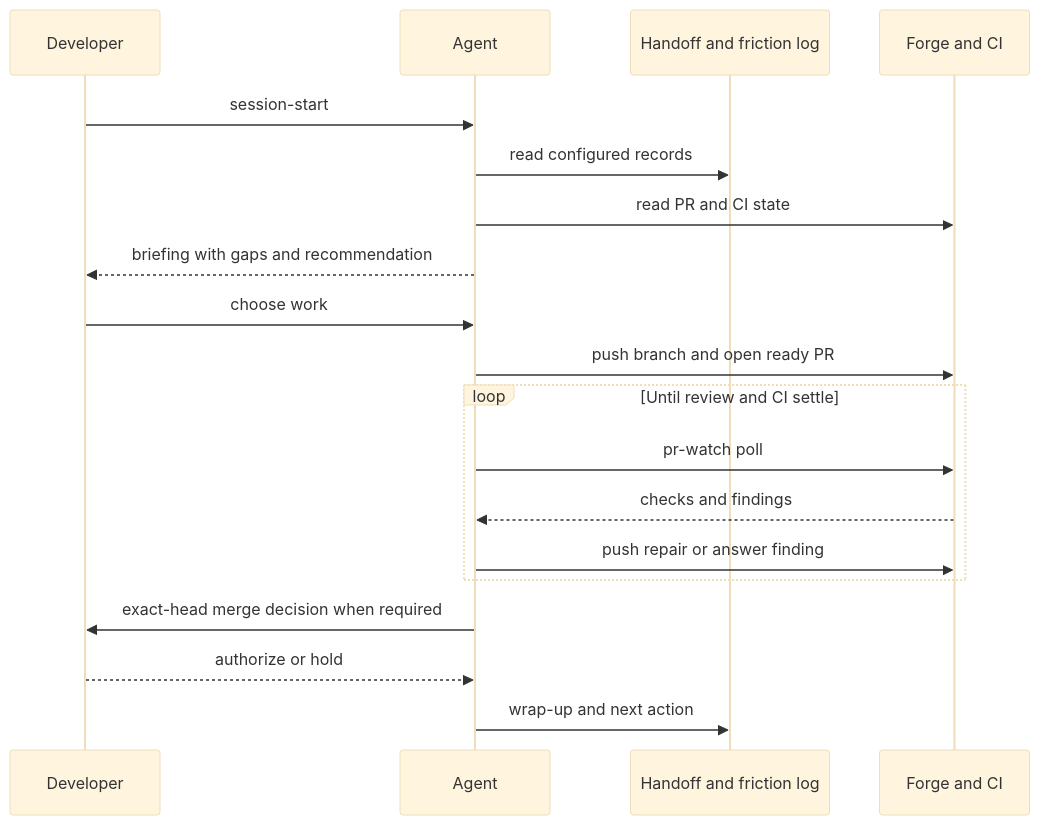
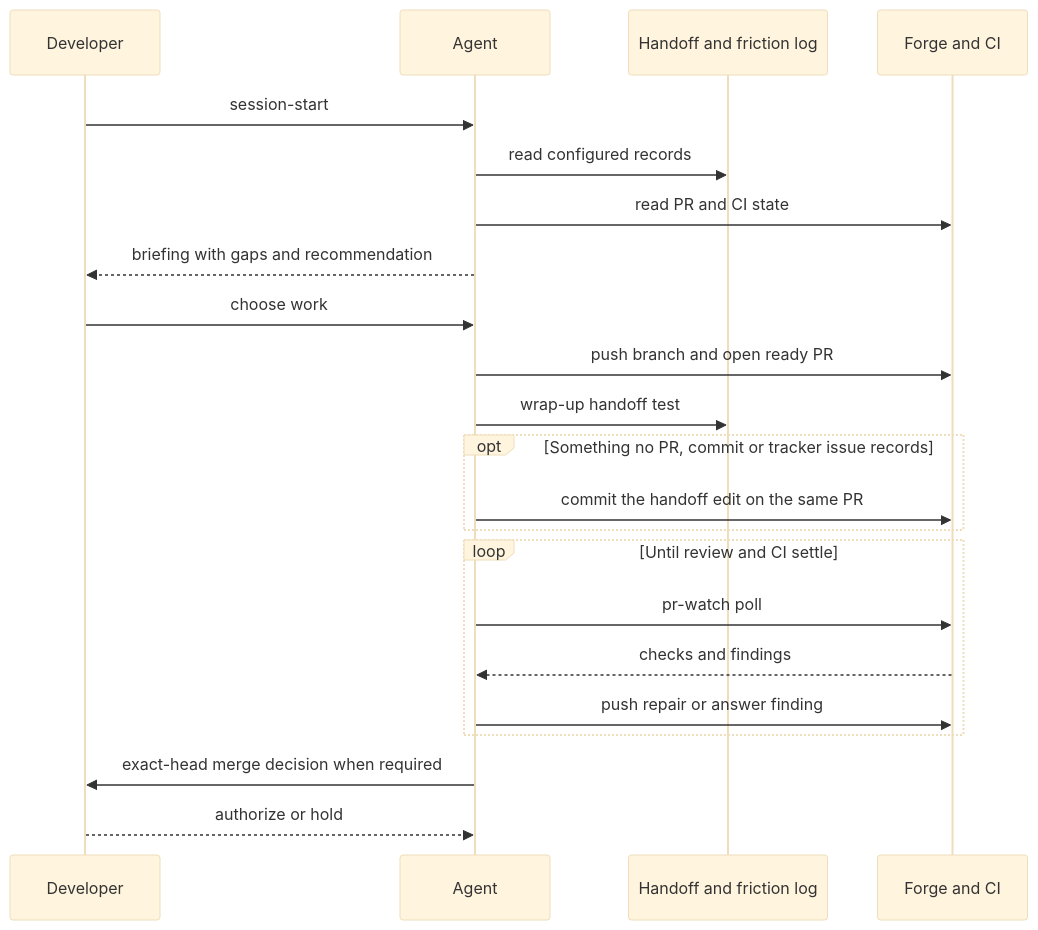
One commit to topij/agentic-dev-kit changed the second of 4 diagrams in docs/architecture.md. Above: the diagram before and after it, drawn with Mermaid (base theme). The commit also changed other lines of this file and 23 other files, not shown here.

First line of the commit message:
wrap-up: commit only what nothing else records, on the session's own PR (#1196)

````diff
--- a/docs/architecture.md
+++ b/docs/architecture.md
@@ -73,21 +73,24 @@
 ```mermaid
 sequenceDiagram
     participant Developer
     participant Agent
     participant Records as Handoff and friction log
     participant Forge as Forge and CI
     Developer->>Agent: session-start
     Agent->>Records: read configured records
     Agent->>Forge: read PR and CI state
     Agent-->>Developer: briefing with gaps and recommendation
     Developer->>Agent: choose work
     Agent->>Forge: push branch and open ready PR
+    Agent->>Records: wrap-up handoff test
+    opt Something no PR, commit or tracker issue records
+        Agent->>Forge: commit the handoff edit on the same PR
+    end
     loop Until review and CI settle
         Agent->>Forge: pr-watch poll
         Forge-->>Agent: checks and findings
         Agent->>Forge: push repair or answer finding
     end
     Agent->>Developer: exact-head merge decision when required
     Developer-->>Agent: authorize or hold
-    Agent->>Records: wrap-up and next action
 ```
````
